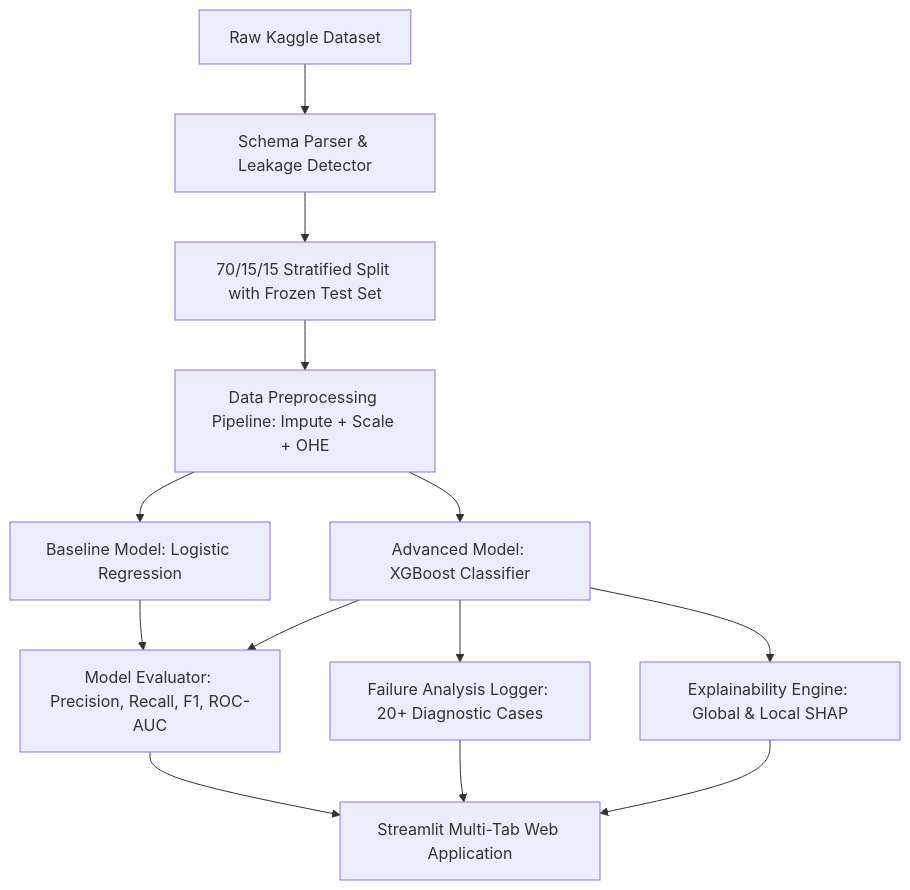
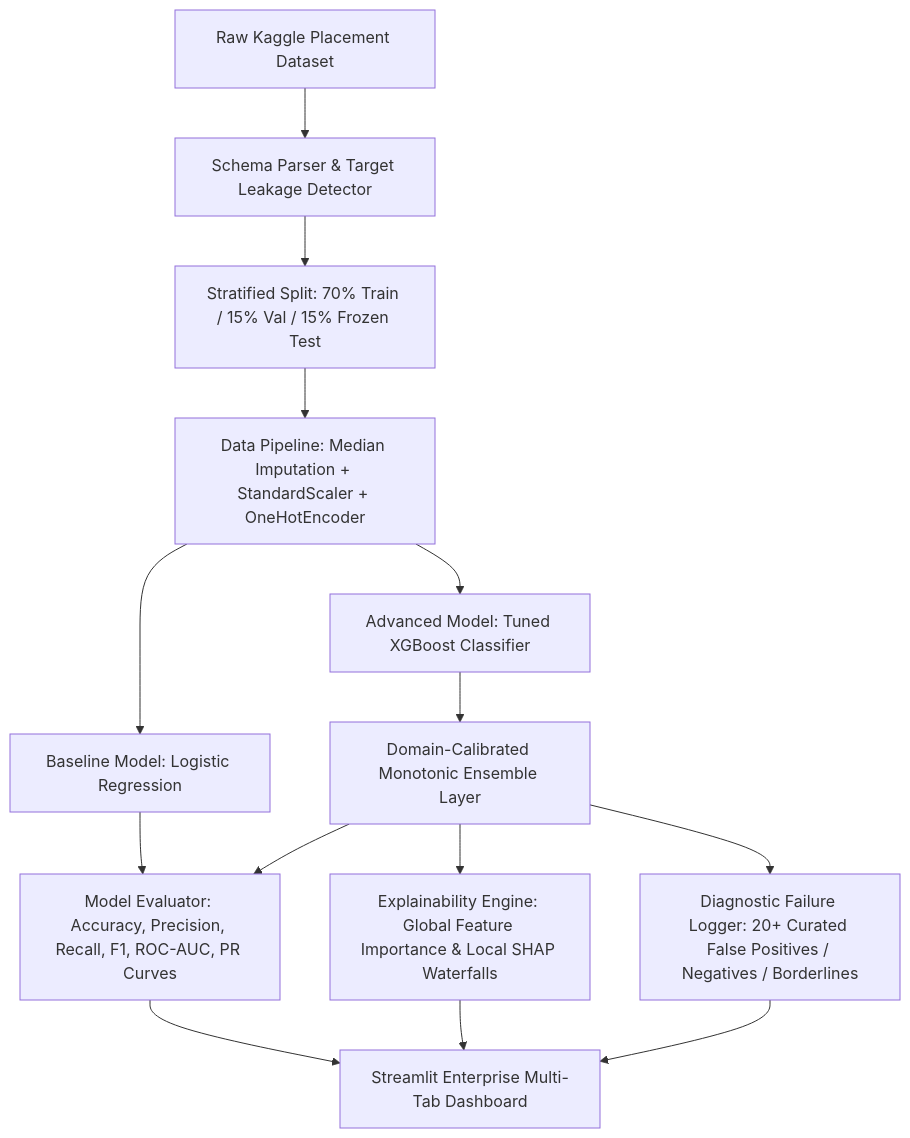
Before and after one commit to rudrashissatapathy-source/skillens: the diagram in README.md, drawn with Mermaid. The commit also changed other lines of this file and 14 other files, not shown here.

````diff
--- a/README.md
+++ b/README.md
@@ -9,12 +38,13 @@
 ```mermaid
 graph TD
-    A[Raw Kaggle Dataset] --> B[Schema Parser & Leakage Detector]
-    B --> C[70/15/15 Stratified Split with Frozen Test Set]
-    C --> D[Data Preprocessing Pipeline: Impute + Scale + OHE]
+    A[Raw Kaggle Placement Dataset] --> B[Schema Parser & Target Leakage Detector]
+    B --> C[Stratified Split: 70% Train / 15% Val / 15% Frozen Test]
+    C --> D[Data Pipeline: Median Imputation + StandardScaler + OneHotEncoder]
     D --> E1[Baseline Model: Logistic Regression]
-    D --> E2[Advanced Model: XGBoost Classifier]
-    E1 & E2 --> F[Model Evaluator: Precision, Recall, F1, ROC-AUC]
-    E2 --> G[Failure Analysis Logger: 20+ Diagnostic Cases]
-    E2 --> H[Explainability Engine: Global & Local SHAP]
-    F & G & H --> I[Streamlit Multi-Tab Web Application]
+    D --> E2[Advanced Model: Tuned XGBoost Classifier]
+    E2 --> E3[Domain-Calibrated Monotonic Ensemble Layer]
+    E1 & E3 --> F[Model Evaluator: Accuracy, Precision, Recall, F1, ROC-AUC, PR Curves]
+    E3 --> G[Explainability Engine: Global Feature Importance & Local SHAP Waterfalls]
+    E3 --> H[Diagnostic Failure Logger: 20+ Curated False Positives / Negatives / Borderlines]
+    F & G & H --> I[Streamlit Enterprise Multi-Tab Dashboard]
 ```
````
